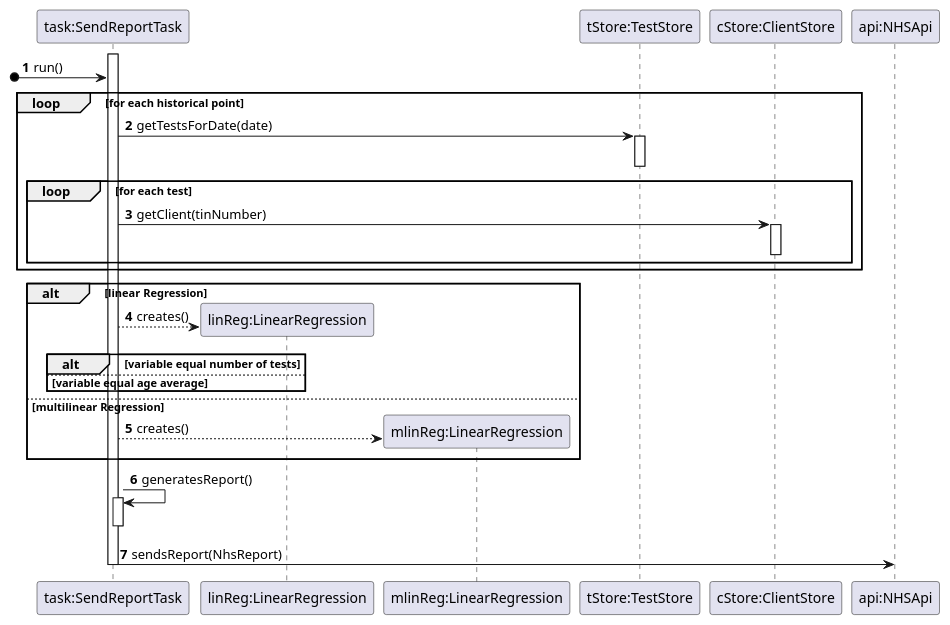
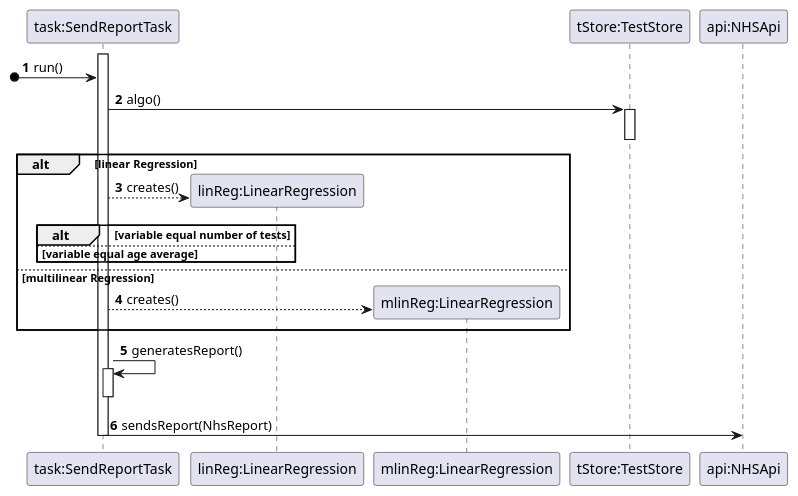
One commit to MarianaCLages/LAPR2 changed the diagram in docs/SprintD/US19/SD_runTask().puml. Above: the diagram before and after it, drawn with PlantUML. The commit also changed 8 other files, not shown here.

```diff
--- a/docs/SprintD/US19/SD_runTask().puml
+++ b/docs/SprintD/US19/SD_runTask().puml
@@ -1,38 +1,28 @@
-@startuml
 autonumber
 participant "task:SendReportTask" as task
 participant "linReg:LinearRegression" as linReg
 participant "mlinReg:LinearRegression" as linReg
 participant "mlinReg:LinearRegression" as mlinReg
 participant "tStore:TestStore" as tStore
-participant "cStore:ClientStore" as cStore
 participant "api:NHSApi" as api
 
 [o-> task: run()
-loop for each historical point
-    task -> tStore:getTestsForDate(date)
+task -> tStore:algo()
 activate tStore
 deactivate
-loop for each test
-    task -> cStore:getClient(tinNumber)
-    activate cStore
-    deactivate
-end
-end
-
 alt linear Regression
     task --> linReg** : creates()
     alt variable equal number of tests
 
     else variable equal age average
     end
 else multilinear Regression
     task --> mlinReg**:creates()
 end
 activate task
 task -> task: generatesReport()
 activate task
 deactivate
 task -> api: sendsReport(NhsReport)
 deactivate task
 @enduml
```
